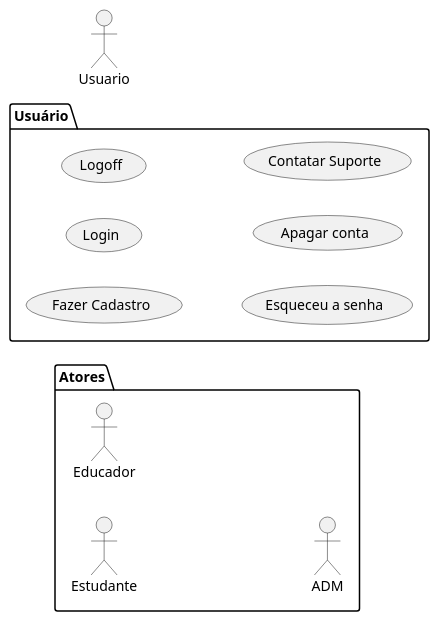
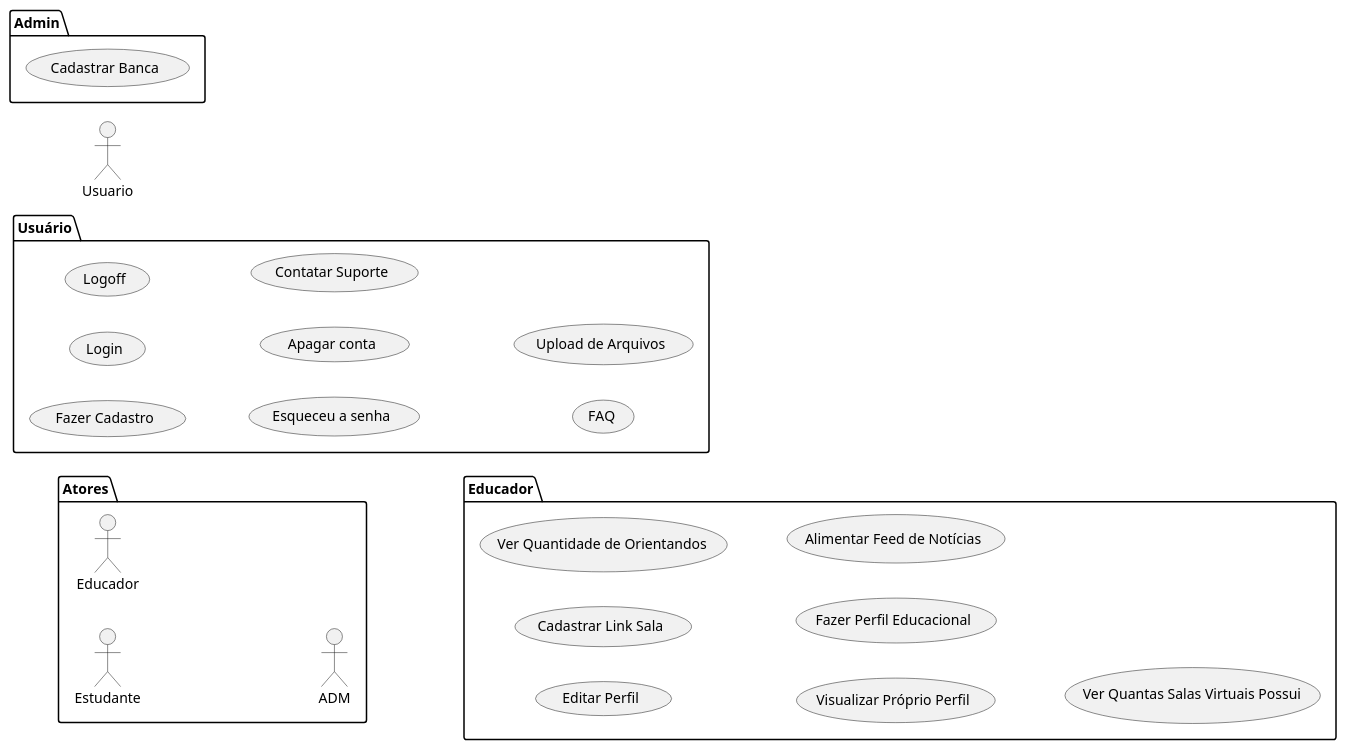
One commit to HookCycle/BITcc changed the diagram in doc/requirements.md. Above: the diagram before and after it, drawn with PlantUML. The commit also changed other lines of this file, not shown here.

Commit message:
main | Plant UML

````diff
--- a/doc/requirements.md
+++ b/doc/requirements.md
@@ -39,17 +39,32 @@
 ```plantuml
 @startuml
 left to right direction
 actor Usuario as u
 package Atores {
   actor Estudante as e
   actor "Educador" as or
   actor "ADM" as Ad
 }
 package Usuário {
   usecase "Fazer Cadastro" as RF01
   usecase "Login" as RF02
   usecase "Logoff" as RF03
   usecase "Esqueceu a senha" as RF04
   usecase "Apagar conta" as RF05
   usecase "Contatar Suporte" as RF06
+  usecase "FAQ" as RF07
+  usecase "Upload de Arquivos" as RF08
+}
+package Admin{
+  usecase "Cadastrar Banca" as RF09
+}
+package Educador{
+  usecase "Editar Perfil" as RF10
+  usecase "Cadastrar Link Sala" as RF11
+  usecase "Ver Quantidade de Orientandos" as RF12
+  usecase "Visualizar Próprio Perfil" as RF13
+  usecase "Fazer Perfil Educacional" as RF14
+  usecase "Alimentar Feed de Notícias" as RF15
+  usecase "Ver Quantas Salas Virtuais Possui" as RF16
+}
 ```
````
